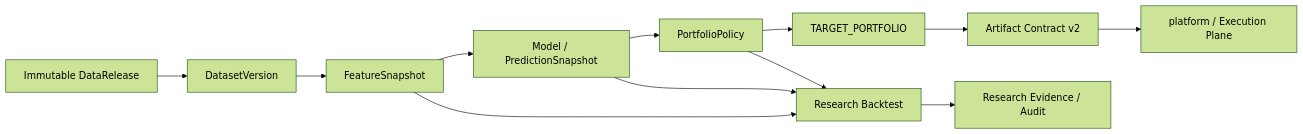
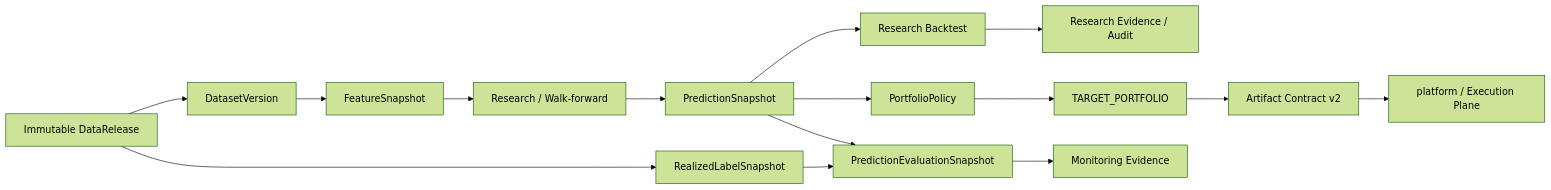
One commit to magic-alt/qlib-platform changed the diagram in README.md. Above: the diagram before and after it, drawn with Mermaid (forest theme). The commit also changed other lines of this file, not shown here.

````diff
--- a/README.md
+++ b/README.md
@@ -39,15 +57,18 @@
 ```mermaid
 flowchart LR
-    A[Immutable DataRelease] --> B[DatasetVersion]
-    B --> C[FeatureSnapshot]
-    C --> D[Model / PredictionSnapshot]
-    D --> E[PortfolioPolicy]
-    E --> F[TARGET_PORTFOLIO]
-    F --> G[Artifact Contract v2]
-    G --> H[platform / Execution Plane]
+    DR[Immutable DataRelease] --> DV[DatasetVersion]
+    DV --> FS[FeatureSnapshot]
+    FS --> RR[Research / Walk-forward]
+    RR --> PS[PredictionSnapshot]
+    PS --> BT[Research Backtest]
+    PS --> PP[PortfolioPolicy]
+    BT --> EV[Research Evidence / Audit]
+    PP --> TP[TARGET_PORTFOLIO]
+    TP --> AC[Artifact Contract v2]
+    AC --> PX[platform / Execution Plane]
 
-    C --> I[Research Backtest]
-    D --> I
-    E --> I
-    I --> J[Research Evidence / Audit]
+    DR --> RL[RealizedLabelSnapshot]
+    PS --> PE[PredictionEvaluationSnapshot]
+    RL --> PE
+    PE --> MON[Monitoring Evidence]
 ```
````
